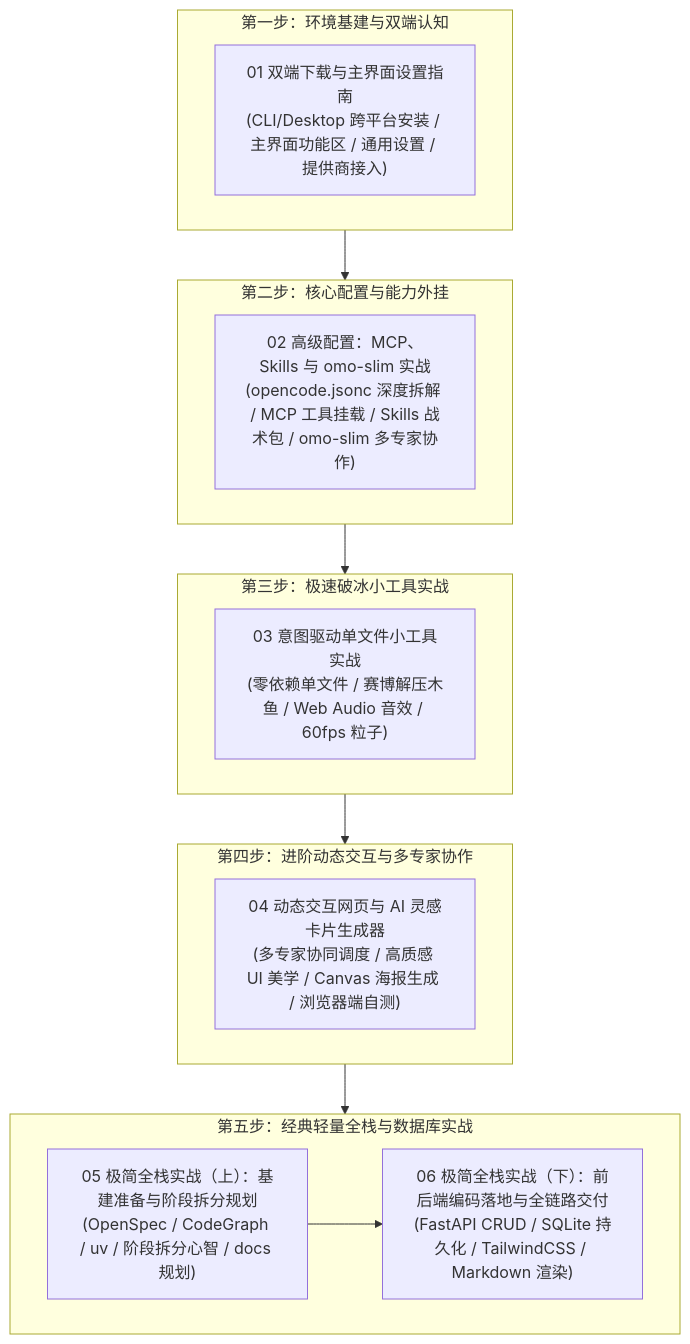
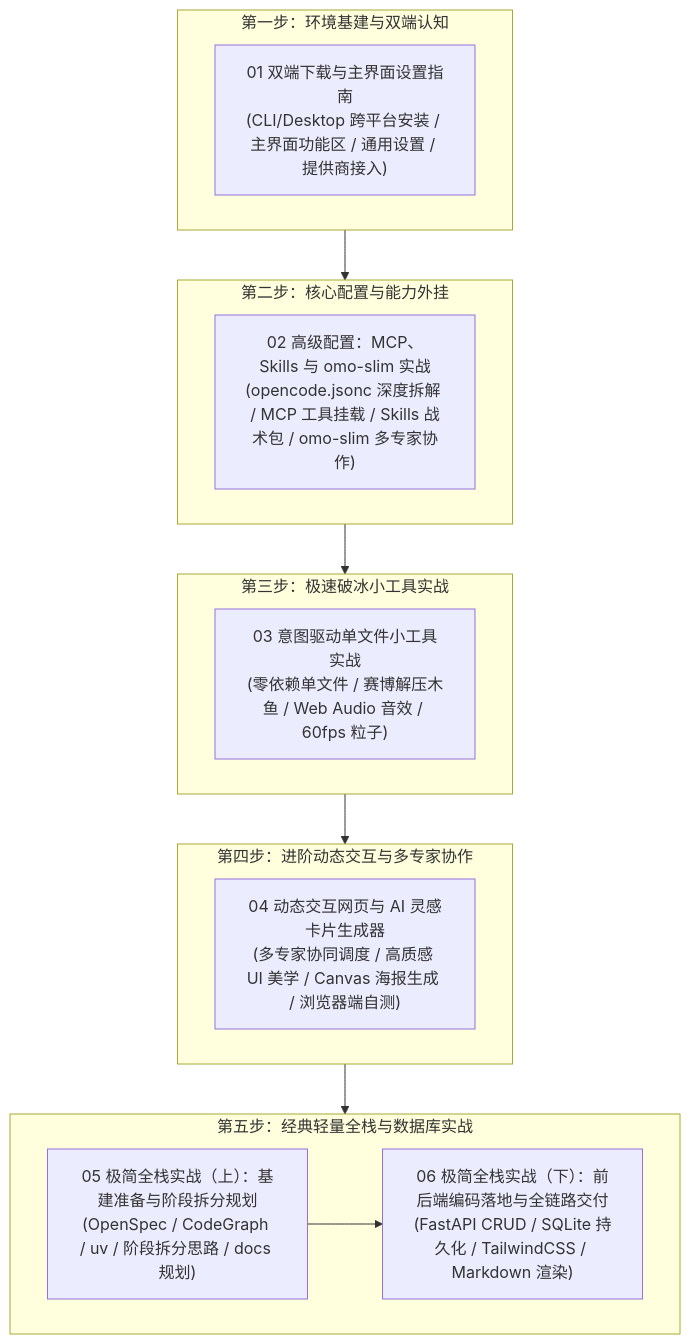
Before and after one commit to buffer121328/vibe-coding-and-agents: the diagram in 05_OpenCode实战/README.md, drawn with Mermaid. The commit also changed other lines of this file and 41 other files, not shown here.

````diff
--- a/05_OpenCode实战/README.md
+++ b/05_OpenCode实战/README.md
@@ -24,29 +24,29 @@
 ```mermaid
 graph TD
     subgraph Step1 ["第一步：环境基建与双端认知"]
         A1["01 双端下载与主界面设置指南<br/>(CLI/Desktop 跨平台安装 / 主界面功能区 / 通用设置 / 提供商接入)"]
     end
 
     subgraph Step2 ["第二步：核心配置与能力外挂"]
         B1["02 高级配置：MCP、Skills 与 omo-slim 实战<br/>(opencode.jsonc 深度拆解 / MCP 工具挂载 / Skills 战术包 / omo-slim 多专家协作)"]
     end
 
     subgraph Step3 ["第三步：极速破冰小工具实战"]
         C1["03 意图驱动单文件小工具实战<br/>(零依赖单文件 / 赛博解压木鱼 / Web Audio 音效 / 60fps 粒子)"]
     end
 
     subgraph Step4 ["第四步：进阶动态交互与多专家协作"]
         D1["04 动态交互网页与 AI 灵感卡片生成器<br/>(多专家协同调度 / 高质感 UI 美学 / Canvas 海报生成 / 浏览器端自测)"]
     end
 
     subgraph Step5 ["第五步：经典轻量全栈与数据库实战"]
-        E1["05 极简全栈实战（上）：基建准备与阶段拆分规划<br/>(OpenSpec / CodeGraph / uv / 阶段拆分心智 / docs 规划)"]
+        E1["05 极简全栈实战（上）：基建准备与阶段拆分规划<br/>(OpenSpec / CodeGraph / uv / 阶段拆分思路 / docs 规划)"]
         E2["06 极简全栈实战（下）：前后端编码落地与全链路交付<br/>(FastAPI CRUD / SQLite 持久化 / TailwindCSS / Markdown 渲染)"]
         E1 --> E2
     end
 
     Step1 --> Step2
     Step2 --> Step3
     Step3 --> Step4
     Step4 --> Step5
 ```
````
